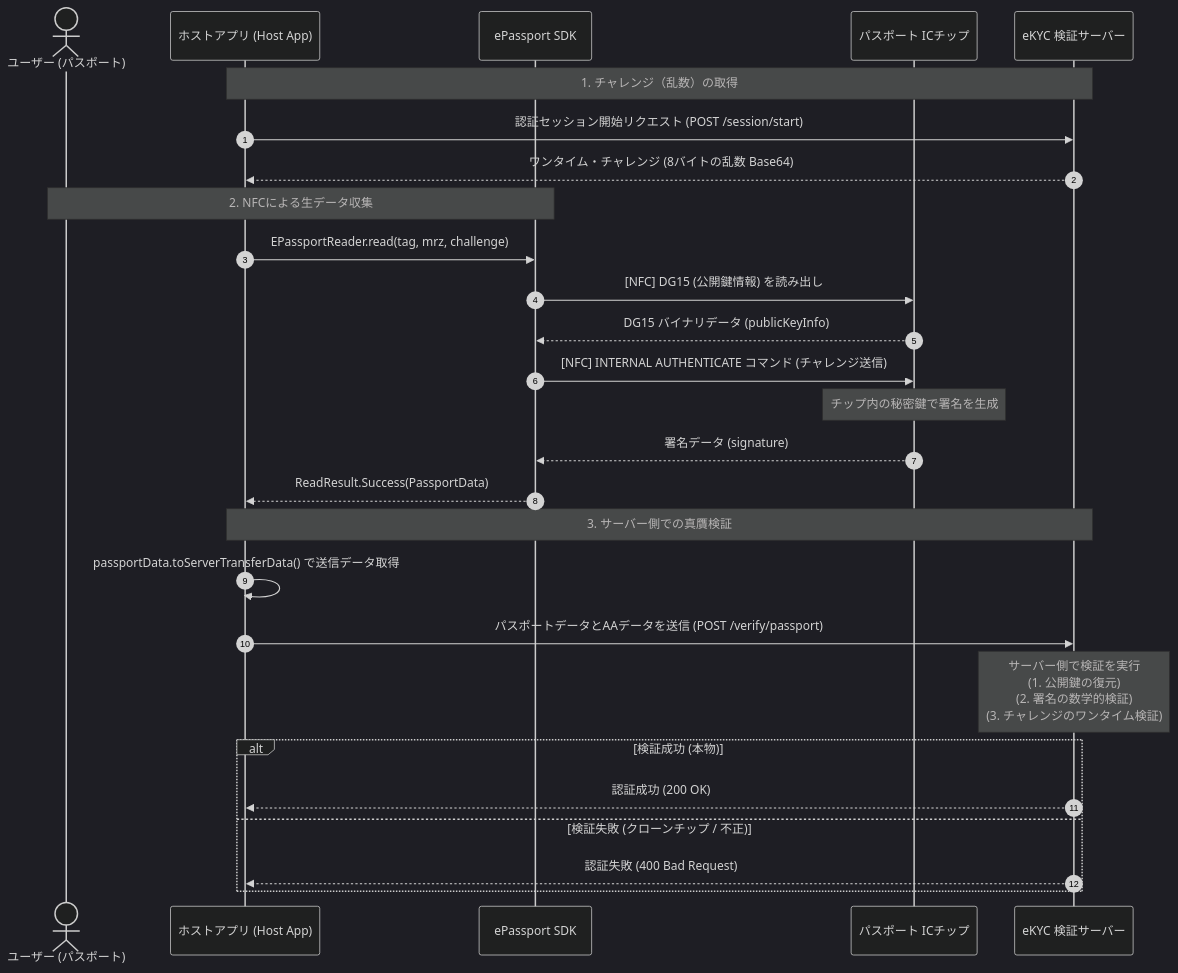
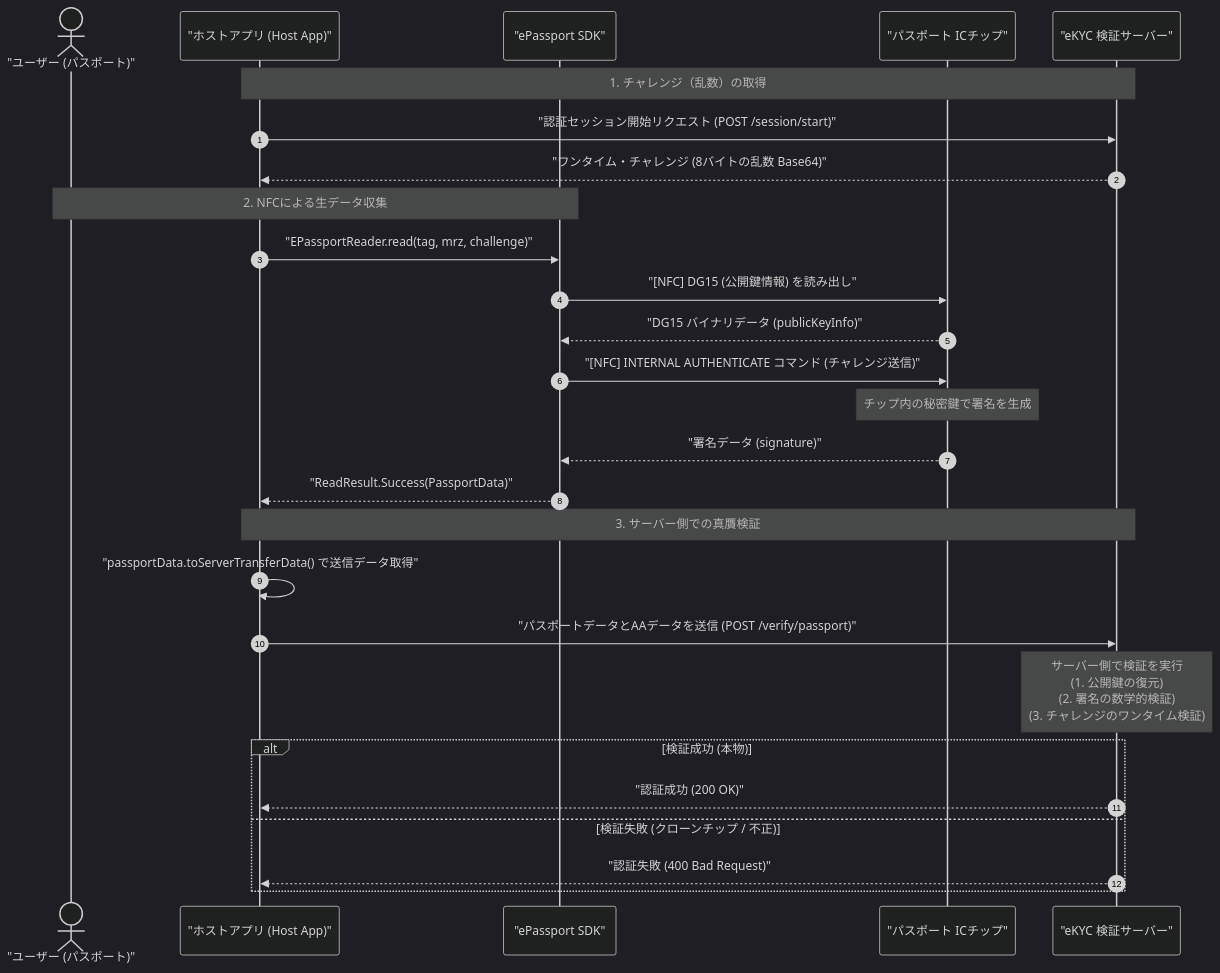
The diagram in docs/ACTIVE_AUTHENTICATION_GUIDE.md (y-mitsuyoshi/epassport-nfc-sdk-android), drawn with Mermaid (dark theme) before and after one commit. The commit also changed 4 other files, not shown here.

Commit message:
feat: update documentation with improved diagram formatting and new integration guide for EPassport NFC SDK

````diff
--- a/docs/ACTIVE_AUTHENTICATION_GUIDE.md
+++ b/docs/ACTIVE_AUTHENTICATION_GUIDE.md
@@ -27,36 +27,36 @@
 ```mermaid
 sequenceDiagram
     autonumber
-    actor User as ユーザー (パスポート)
-    participant App as ホストアプリ (Host App)
-    participant SDK as ePassport SDK
-    participant Chip as パスポート ICチップ
-    participant Server as eKYC 検証サーバー
+    actor User as "ユーザー (パスポート)"
+    participant App as "ホストアプリ (Host App)"
+    participant SDK as "ePassport SDK"
+    participant Chip as "パスポート ICチップ"
+    participant Server as "eKYC 検証サーバー"
 
     Note over App, Server: 1. チャレンジ（乱数）の取得
-    App->>Server: 認証セッション開始リクエスト (POST /session/start)
-    Server-->>App: ワンタイム・チャレンジ (8バイトの乱数 Base64)
+    App->>Server: "認証セッション開始リクエスト (POST /session/start)"
+    Server-->>App: "ワンタイム・チャレンジ (8バイトの乱数 Base64)"
 
     Note over User, SDK: 2. NFCによる生データ収集
-    App->>SDK: EPassportReader.read(tag, mrz, challenge)
-    SDK->>Chip: [NFC] DG15 (公開鍵情報) を読み出し
-    Chip-->>SDK: DG15 バイナリデータ (publicKeyInfo)
+    App->>SDK: "EPassportReader.read(tag, mrz, challenge)"
+    SDK->>Chip: "[NFC] DG15 (公開鍵情報) を読み出し"
+    Chip-->>SDK: "DG15 バイナリデータ (publicKeyInfo)"
     
-    SDK->>Chip: [NFC] INTERNAL AUTHENTICATE コマンド (チャレンジ送信)
+    SDK->>Chip: "[NFC] INTERNAL AUTHENTICATE コマンド (チャレンジ送信)"
     Note over Chip: チップ内の秘密鍵で署名を生成
-    Chip-->>SDK: 署名データ (signature)
+    Chip-->>SDK: "署名データ (signature)"
     
-    SDK-->>App: ReadResult.Success(PassportData)
+    SDK-->>App: "ReadResult.Success(PassportData)"
 
     Note over App, Server: 3. サーバー側での真贋検証
-    App->>App: passportData.toServerTransferData() で送信データ取得
-    App->>Server: パスポートデータとAAデータを送信 (POST /verify/passport)
+    App->>App: "passportData.toServerTransferData() で送信データ取得"
+    App->>Server: "パスポートデータとAAデータを送信 (POST /verify/passport)"
     
     Note over Server: サーバー側で検証を実行<br/>(1. 公開鍵の復元)<br/>(2. 署名の数学的検証)<br/>(3. チャレンジのワンタイム検証)
     
     alt 検証成功 (本物)
-        Server-->>App: 認証成功 (200 OK)
+        Server-->>App: "認証成功 (200 OK)"
     else 検証失敗 (クローンチップ / 不正)
-        Server-->>App: 認証失敗 (400 Bad Request)
+        Server-->>App: "認証失敗 (400 Bad Request)"
     end
 ```
````
